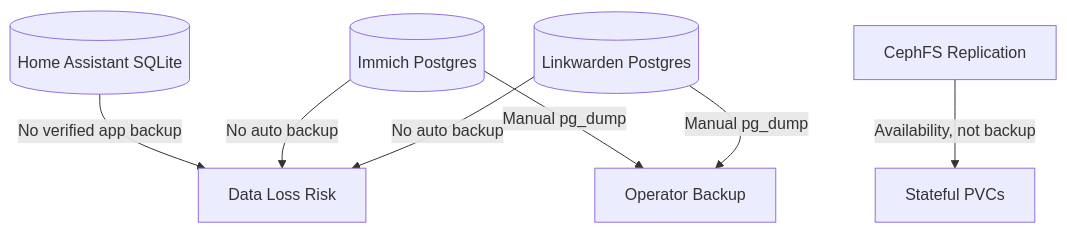
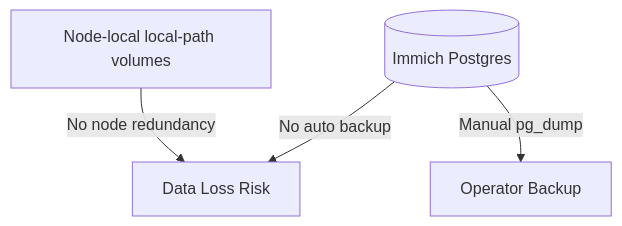
Before and after one commit to fabricesemti80/home-dc-kubernetes: the diagram in docs/cluster/database-backups.md, drawn with Mermaid. The commit also changed other lines of this file and 177 other files, not shown here.

````diff
--- a/docs/cluster/database-backups.md
+++ b/docs/cluster/database-backups.md
@@ -7,9 +7,6 @@
 ```mermaid
 flowchart TD
-    Linkwarden[(Linkwarden Postgres)] -->|No auto backup| Risk[Data Loss Risk]
-    Immich[(Immich Postgres)] -->|No auto backup| Risk
-    CephFS[CephFS Replication] -->|Availability, not backup| PVC[Stateful PVCs]
-    HomeAssistant[(Home Assistant SQLite)] -->|No verified app backup| Risk
-    Linkwarden -->|Manual pg_dump| Dump[Operator Backup]
-    Immich -->|Manual pg_dump| Dump
+    Immich[(Immich Postgres)] -->|No auto backup| Risk[Data Loss Risk]
+    LocalPath[Node-local local-path volumes] -->|No node redundancy| Risk
+    Immich -->|Manual pg_dump| Dump[Operator Backup]
 ```
````
